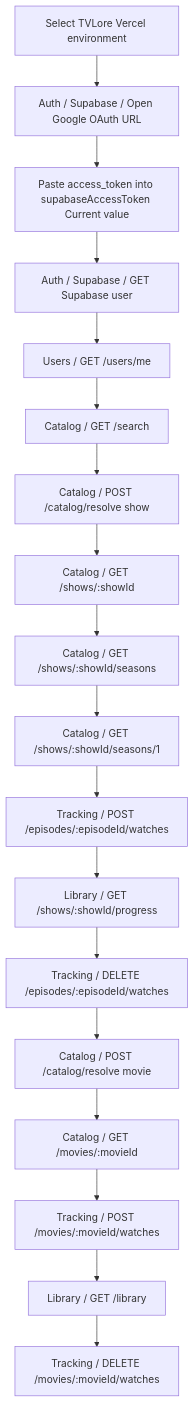
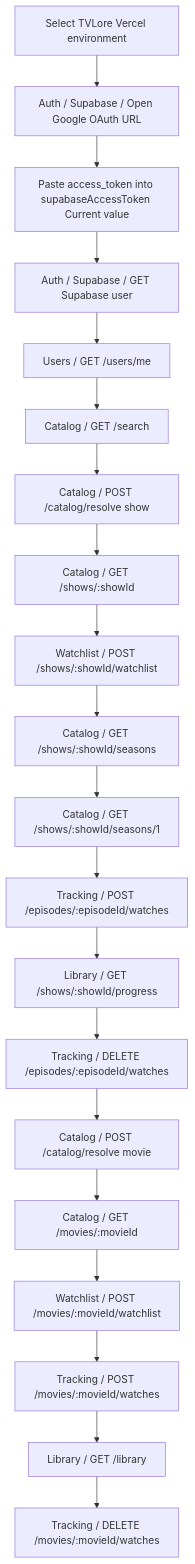
Before and after one commit to luiskabal/tvlore: the ninth of 9 diagrams in docs/current-state.md, drawn with Mermaid. The commit also changed other lines of this file and 28 other files, not shown here.

````diff
--- a/docs/current-state.md
+++ b/docs/current-state.md
@@ -566,39 +599,43 @@
 ```mermaid
 flowchart TB
   Env[Select TVLore Vercel environment]
   Login[Auth / Supabase / Open Google OAuth URL]
   Token[Paste access_token into supabaseAccessToken Current value]
   Validate[Auth / Supabase / GET Supabase user]
   Me[Users / GET /users/me]
   Search[Catalog / GET /search]
   ResolveShow[Catalog / POST /catalog/resolve show]
   Show[Catalog / GET /shows/:showId]
   Seasons[Catalog / GET /shows/:showId/seasons]
   Season[Catalog / GET /shows/:showId/seasons/1]
   EpisodeWatch[Tracking / POST /episodes/:episodeId/watches]
   Progress[Library / GET /shows/:showId/progress]
   EpisodeUnwatch[Tracking / DELETE /episodes/:episodeId/watches]
   ResolveMovie[Catalog / POST /catalog/resolve movie]
   Movie[Catalog / GET /movies/:movieId]
   MovieWatch[Tracking / POST /movies/:movieId/watches]
+  ShowWatchlist[Watchlist / POST /shows/:showId/watchlist]
+  MovieWatchlist[Watchlist / POST /movies/:movieId/watchlist]
   Library[Library / GET /library]
   MovieUnwatch[Tracking / DELETE /movies/:movieId/watches]
 
   Env --> Login
   Login --> Token
   Token --> Validate
   Validate --> Me
   Me --> Search
   Search --> ResolveShow
   ResolveShow --> Show
-  Show --> Seasons
+  Show --> ShowWatchlist
+  ShowWatchlist --> Seasons
   Seasons --> Season
   Season --> EpisodeWatch
   EpisodeWatch --> Progress
   Progress --> EpisodeUnwatch
   EpisodeUnwatch --> ResolveMovie
   ResolveMovie --> Movie
-  Movie --> MovieWatch
+  Movie --> MovieWatchlist
+  MovieWatchlist --> MovieWatch
   MovieWatch --> Library
   Library --> MovieUnwatch
 ```
````
